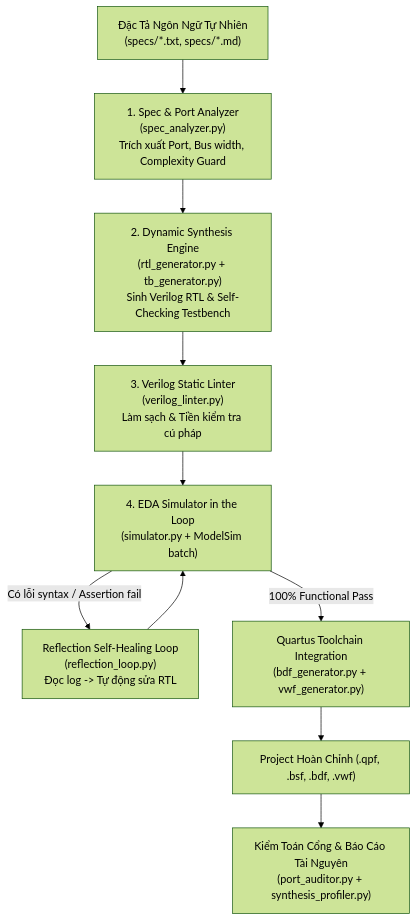
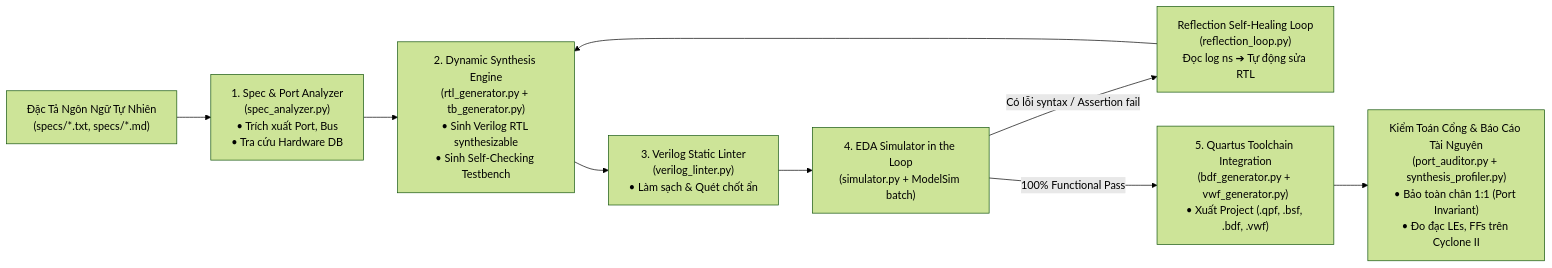
Before and after one commit to LamGianggg/TKLLS: the diagram in README.md, drawn with Mermaid (forest theme). The commit also changed other lines of this file and 2 other files, not shown here.

Commit message:
docs: add horizontal architecture diagram and embed into slide script and readme

````diff
--- a/README.md
+++ b/README.md
@@ -18,12 +20,11 @@
 ```mermaid
-flowchart TD
-    A["Đặc Tả Ngôn Ngữ Tự Nhiên\n(specs/*.txt, specs/*.md)"] --> B["1. Spec & Port Analyzer\n(spec_analyzer.py)\nTrích xuất Port, Bus width, Complexity Guard"]
-    B --> C["2. Dynamic Synthesis Engine\n(rtl_generator.py + tb_generator.py)\nSinh Verilog RTL & Self-Checking Testbench"]
-    C --> D["3. Verilog Static Linter\n(verilog_linter.py)\nLàm sạch & Tiền kiểm tra cú pháp"]
-    D --> E["4. EDA Simulator in the Loop\n(simulator.py + ModelSim batch)"]
-    E -->|Có lỗi syntax / Assertion fail| F["Reflection Self-Healing Loop\n(reflection_loop.py)\nĐọc log -> Tự động sửa RTL"]
-    F --> E
-    E -->|100% Functional Pass| G["Quartus Toolchain Integration\n(bdf_generator.py + vwf_generator.py)"]
-    G --> H["Project Hoàn Chỉnh (.qpf, .bsf, .bdf, .vwf)"]
-    H --> I["Kiểm Toán Cổng & Báo Cáo Tài Nguyên\n(port_auditor.py + synthesis_profiler.py)"]
+flowchart LR
+    A["Đặc Tả Ngôn Ngữ Tự Nhiên<br/>(specs/*.txt, specs/*.md)"] --> B["1. Spec & Port Analyzer<br/>(spec_analyzer.py)<br/>• Trích xuất Port, Bus<br/>• Tra cứu Hardware DB"]
+    B --> C["2. Dynamic Synthesis Engine<br/>(rtl_generator.py + tb_generator.py)<br/>• Sinh Verilog RTL synthesizable<br/>• Sinh Self-Checking Testbench"]
+    C --> D["3. Verilog Static Linter<br/>(verilog_linter.py)<br/>• Làm sạch & Quét chốt ẩn"]
+    D --> E["4. EDA Simulator in the Loop<br/>(simulator.py + ModelSim batch)"]
+    E -->|Có lỗi syntax / Assertion fail| F["Reflection Self-Healing Loop<br/>(reflection_loop.py)<br/>Đọc log ns ➔ Tự động sửa RTL"]
+    F --> C
+    E -->|100% Functional Pass| G["5. Quartus Toolchain Integration<br/>(bdf_generator.py + vwf_generator.py)<br/>• Xuất Project (.qpf, .bsf, .bdf, .vwf)"]
+    G --> H["Kiểm Toán Cổng & Báo Cáo Tài Nguyên<br/>(port_auditor.py + synthesis_profiler.py)<br/>• Bảo toàn chân 1:1 (Port Invariant)<br/>• Đo đạc LEs, FFs trên Cyclone II"]
 ```
````
